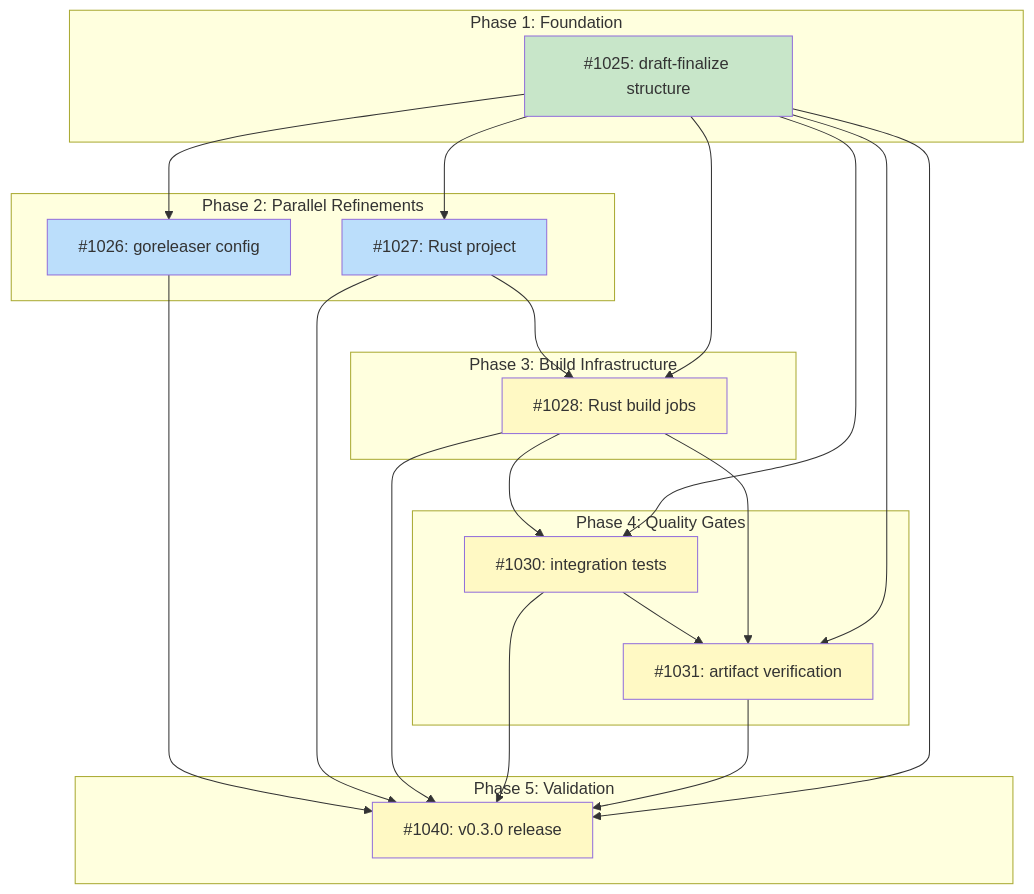
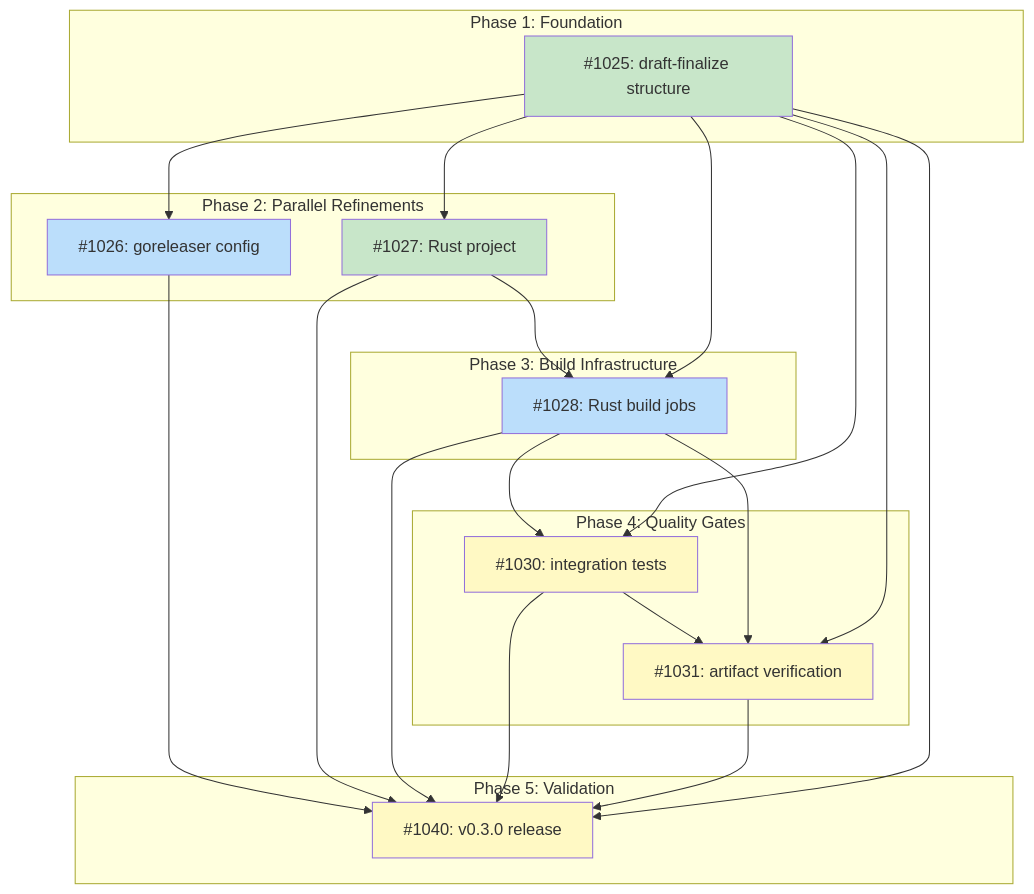
One commit to tsukumogami/tsuku changed the diagram in docs/designs/DESIGN-release-workflow-native.md. Above: the diagram before and after it, drawn with Mermaid. The commit also changed 5 other files, not shown here.

````diff
--- a/docs/designs/DESIGN-release-workflow-native.md
+++ b/docs/designs/DESIGN-release-workflow-native.md
@@ -28,52 +28,51 @@
 ```mermaid
 graph TD
     subgraph Phase1["Phase 1: Foundation"]
         I1025["#1025: draft-finalize structure"]
     end
 
     subgraph Phase2["Phase 2: Parallel Refinements"]
         I1026["#1026: goreleaser config"]
         I1027["#1027: Rust project"]
     end
 
     subgraph Phase3["Phase 3: Build Infrastructure"]
         I1028["#1028: Rust build jobs"]
     end
 
     subgraph Phase4["Phase 4: Quality Gates"]
         I1030["#1030: integration tests"]
         I1031["#1031: artifact verification"]
     end
 
     subgraph Phase5["Phase 5: Validation"]
         I1040["#1040: v0.3.0 release"]
     end
 
     I1025 --> I1026
     I1025 --> I1027
     I1027 --> I1028
     I1025 --> I1028
     I1028 --> I1030
     I1025 --> I1030
     I1030 --> I1031
     I1028 --> I1031
     I1025 --> I1031
     I1026 --> I1040
     I1027 --> I1040
     I1028 --> I1040
     I1030 --> I1040
     I1031 --> I1040
     I1025 --> I1040
 
     classDef done fill:#c8e6c9
     classDef ready fill:#bbdefb
     classDef blocked fill:#fff9c4
     classDef needsDesign fill:#e1bee7
 
-    class I1025 done
-    class I1026,I1027 ready
-    class I1028 blocked
+    class I1025,I1027 done
+    class I1026,I1028 ready
     class I1030 blocked
     class I1031 blocked
     class I1040 blocked
 ```
````
